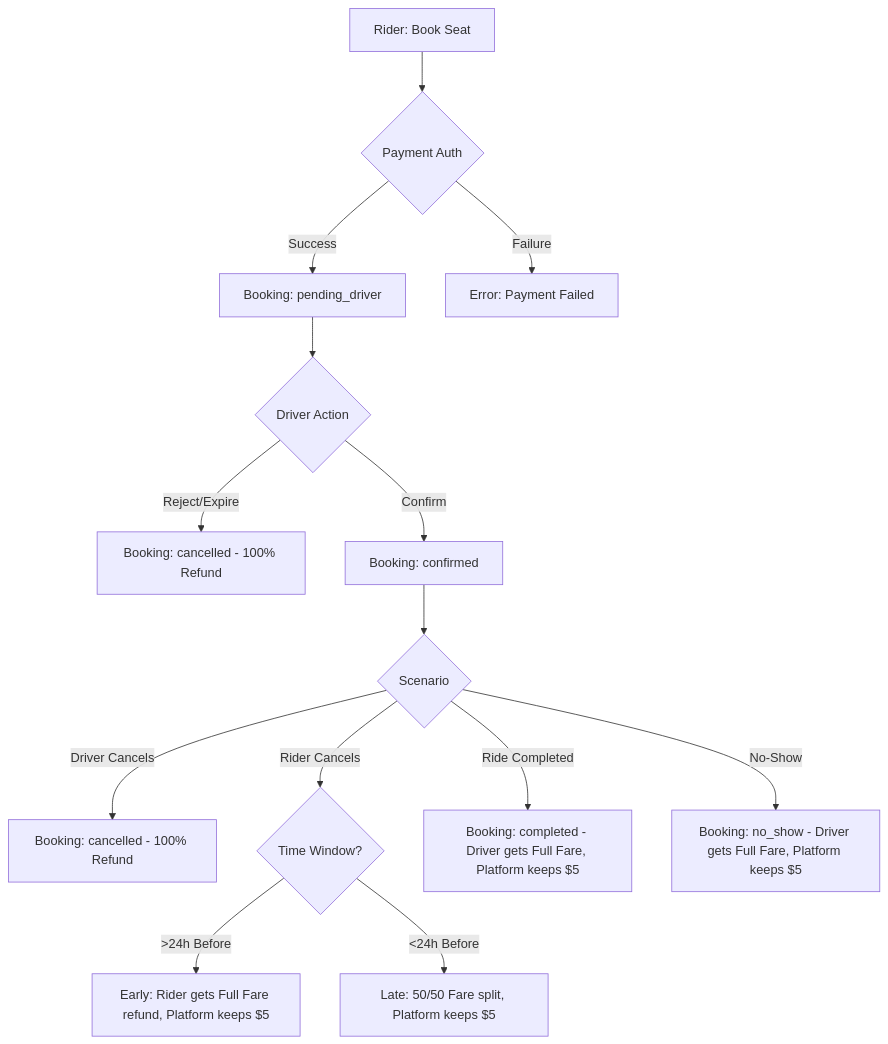
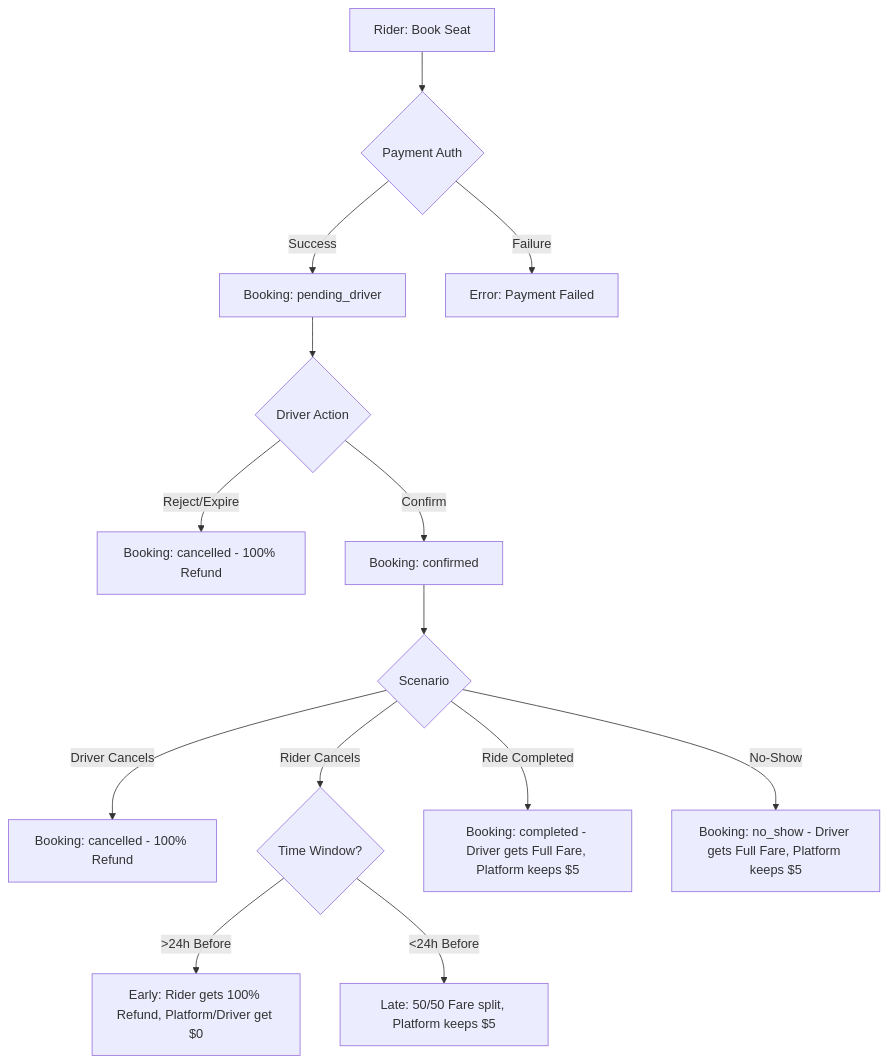
One commit to shrijan-code/carpool-connect-Current changed the diagram in docs/RIDE_LIFECYCLE_AND_PAYMENTS.md. Above: the diagram before and after it, drawn with Mermaid. The commit also changed other lines of this file and 5 other files, not shown here.

Commit message:
feat: early cancellation (>24h) now provides 100% full refund

````diff
--- a/docs/RIDE_LIFECYCLE_AND_PAYMENTS.md
+++ b/docs/RIDE_LIFECYCLE_AND_PAYMENTS.md
@@ -12,22 +12,22 @@
 ```mermaid
 graph TD
     Booking[Rider: Book Seat] --> Auth{Payment Auth}
     Auth -->|Success| Pending[Booking: pending_driver]
     Auth -->|Failure| Fail[Error: Payment Failed]
     
     Pending --> Action{Driver Action}
     Action -->|Reject/Expire| CancelFull[Booking: cancelled - 100% Refund]
     Action -->|Confirm| Confirmed[Booking: confirmed]
     
     Confirmed --> Path{Scenario}
     
     Path -->|Driver Cancels| DrCancel[Booking: cancelled - 100% Refund]
     
     Path -->|Rider Cancels| TimeCheck{Time Window?}
-    TimeCheck -->|>24h Before| Early[Early: Rider gets Full Fare refund, Platform keeps $5]
+    TimeCheck -->|>24h Before| Early[Early: Rider gets 100% Refund, Platform/Driver get $0]
     TimeCheck -->|<24h Before| Late[Late: 50/50 Fare split, Platform keeps $5]
     
     Path -->|Ride Completed| Completed[Booking: completed - Driver gets Full Fare, Platform keeps $5]
     
     Path -->|No-Show| NoShow[Booking: no_show - Driver gets Full Fare, Platform keeps $5]
 ```
````
